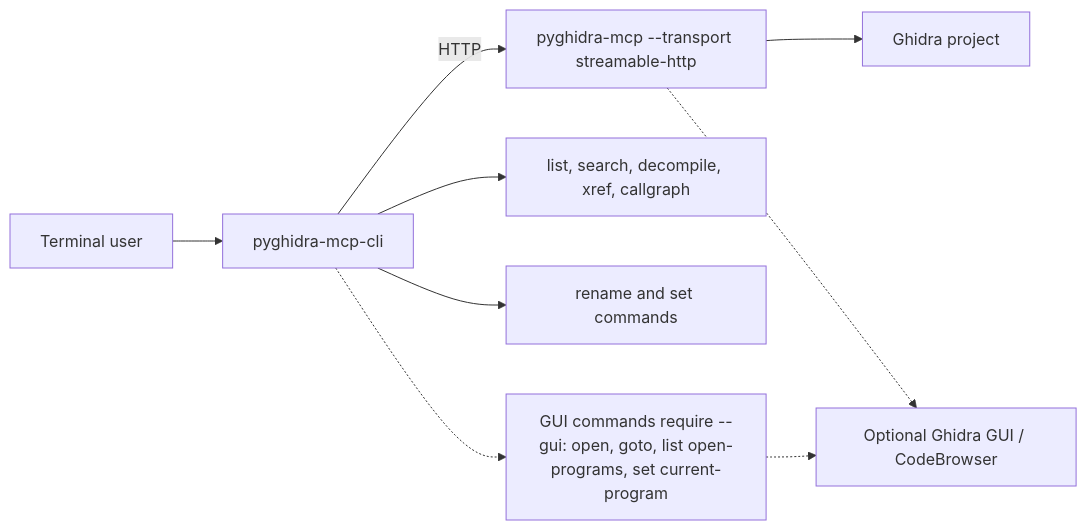
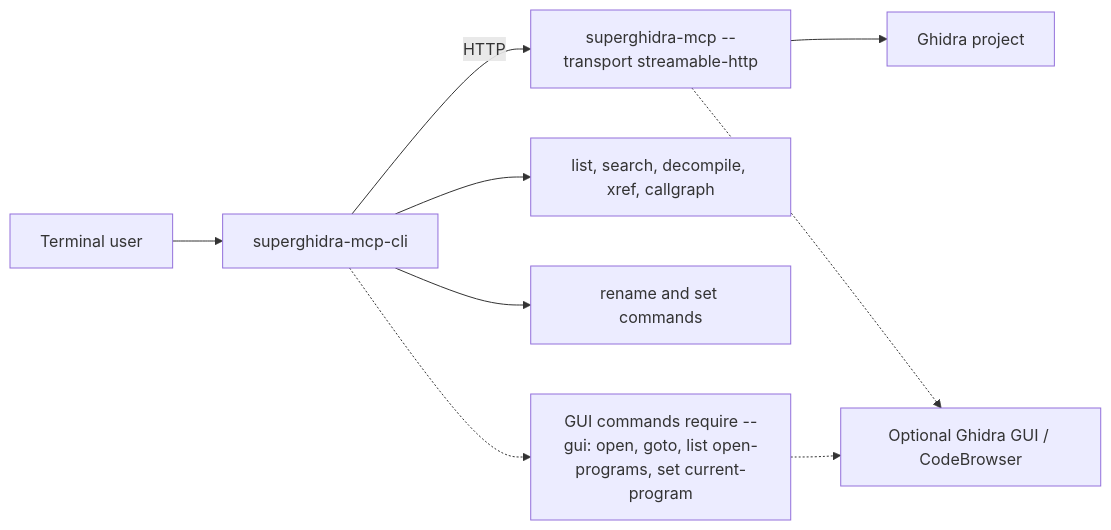
The diagram in cli/README.md (yuatemycat/SuperghidraMCP), drawn with Mermaid before and after one commit. The commit also changed other lines of this file and 12 other files, not shown here.

````diff
--- a/cli/README.md
+++ b/cli/README.md
@@ -38,11 +33,11 @@
 ```mermaid
 flowchart LR
-    User["Terminal user"] --> CLI["pyghidra-mcp-cli"]
-    CLI -->|"HTTP"| Server["pyghidra-mcp --transport streamable-http"]
+    User["Terminal user"] --> CLI["superghidra-mcp-cli"]
+    CLI -->|"HTTP"| Server["superghidra-mcp --transport streamable-http"]
     Server --> Project["Ghidra project"]
     CLI --> Common["list, search, decompile, xref, callgraph"]
     CLI --> Edits["rename and set commands"]
     CLI -.-> Gui["GUI commands require --gui: open, goto, list open-programs, set current-program"]
     Server -.-> Ghidra["Optional Ghidra GUI / CodeBrowser"]
     Gui -.-> Ghidra
 ```
````
